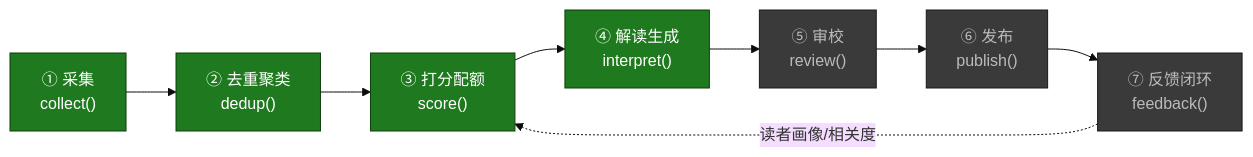
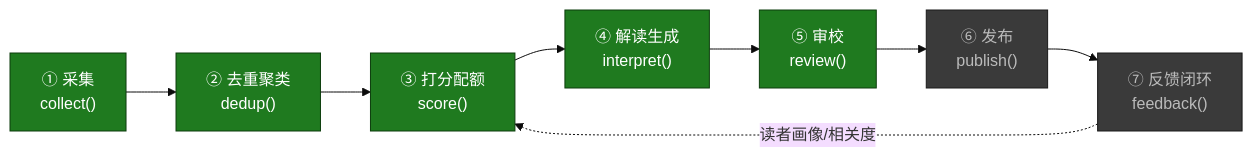
Before and after one commit to ai-newsday/core: the first of 3 diagrams in docs/ROADMAP.md, drawn with Mermaid (base theme). The commit also changed other lines of this file, not shown here.

Commit message:
docs(roadmap): mark Circle 5 (review) merged

````diff
--- a/docs/ROADMAP.md
+++ b/docs/ROADMAP.md
@@ -10,17 +10,17 @@
 ```mermaid
 flowchart LR
     C1["① 采集<br/>collect()"]:::done
     C2["② 去重聚类<br/>dedup()"]:::done
     C3["③ 打分配额<br/>score()"]:::done
     C4["④ 解读生成<br/>interpret()"]:::done
-    C5["⑤ 审校<br/>review()"]:::todo
+    C5["⑤ 审校<br/>review()"]:::done
     C6["⑥ 发布<br/>publish()"]:::todo
     C7["⑦ 反馈闭环<br/>feedback()"]:::todo
 
     C1 --> C2 --> C3 --> C4 --> C5 --> C6 --> C7
     C7 -.读者画像/相关度.-> C3
 
     classDef done fill:#1f7a1f,stroke:#0d3d0d,color:#fff;
     classDef spec fill:#b58900,stroke:#6b4f00,color:#fff;
     classDef todo fill:#3a3a3a,stroke:#1a1a1a,color:#bbb;
 ```
````
